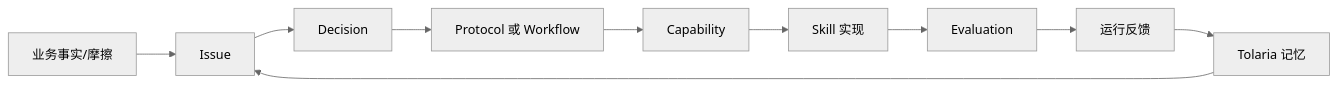
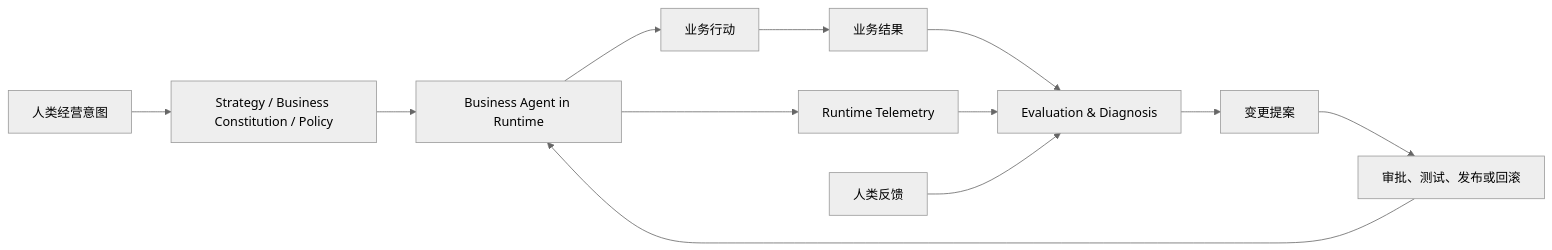
Before and after one commit to leevi2010-cursor/ArcheOS: the second of 2 diagrams in docs/architecture/system-architecture.md, drawn with Mermaid (neutral theme). The commit also changed other lines of this file, not shown here.

Commit message:
Remove Codex from ArcheOS system architecture

````diff
--- a/docs/architecture/system-architecture.md
+++ b/docs/architecture/system-architecture.md
@@ -40,12 +35,14 @@
 ```mermaid
 flowchart LR
-  F[业务事实/摩擦] --> I[Issue]
-  I --> D[Decision]
-  D --> P[Protocol 或 Workflow]
-  P --> C[Capability]
-  C --> S[Skill 实现]
-  S --> E[Evaluation]
-  E --> R[运行反馈]
-  R --> M[Tolaria 记忆]
-  M --> I
+  I[人类经营意图] --> S[Strategy / Business Constitution / Policy]
+  S --> A[Business Agent in Runtime]
+  A --> X[业务行动]
+  X --> R[业务结果]
+  A --> T[Runtime Telemetry]
+  R --> V[Evaluation & Diagnosis]
+  T --> V
+  V --> P[变更提案]
+  P --> Q[审批、测试、发布或回滚]
+  Q --> A
+  H[人类反馈] --> V
 ```
````
